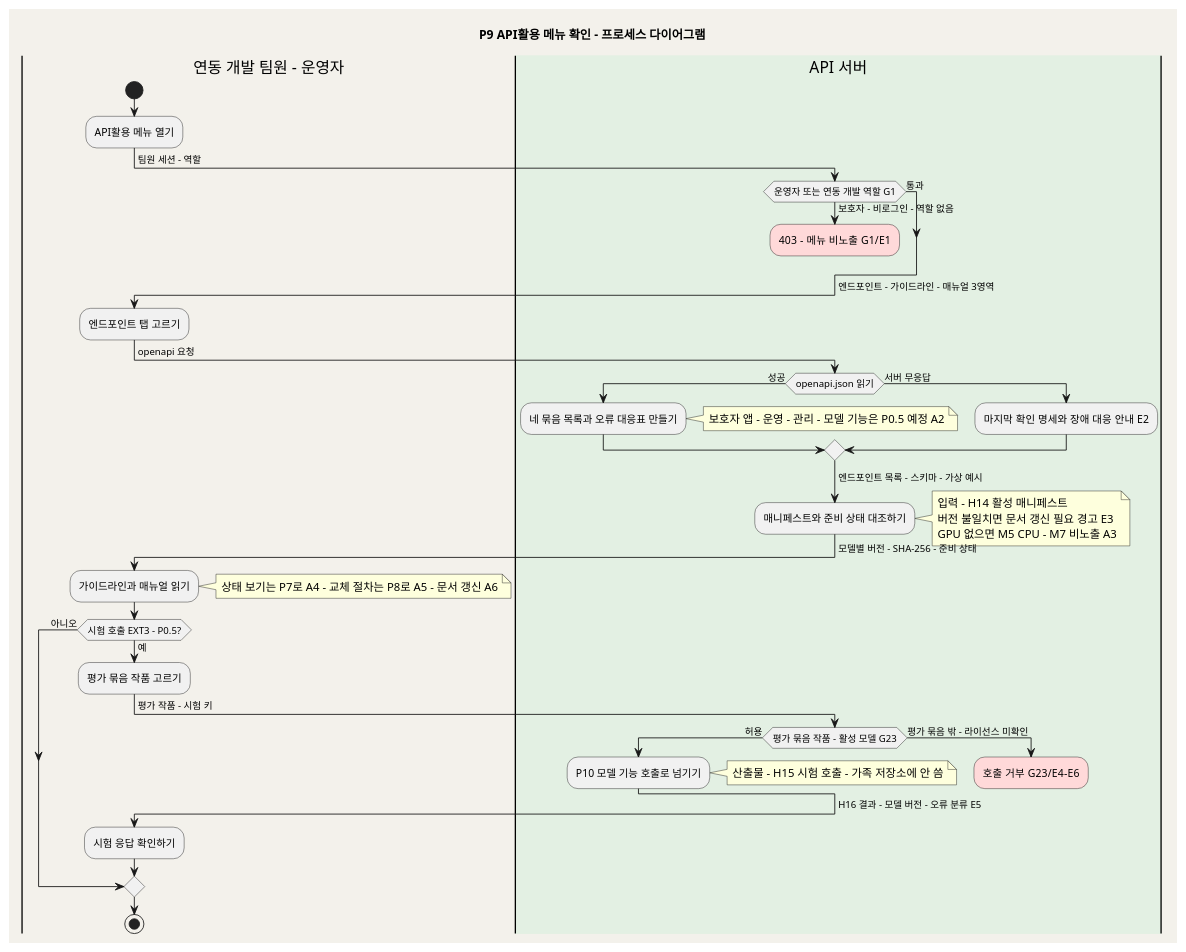
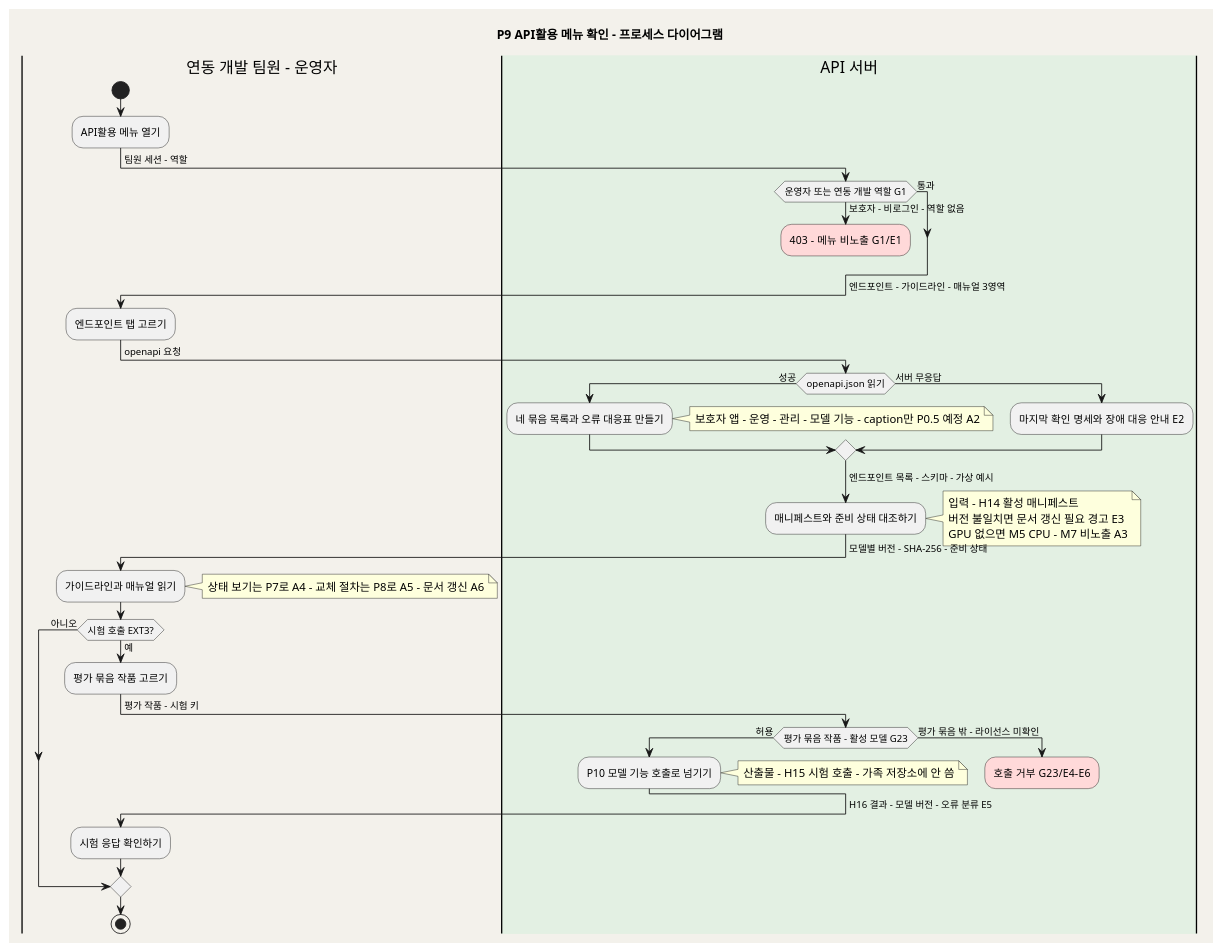
Before and after one commit to kids-gallery/uri-gallery: diagram 14 of 16 in design/SD_01_프로세스설계서_우리아이미술관.md, drawn with PlantUML. The commit also changed other lines of this file and 9 other files, not shown here.

````diff
--- a/design/SD_01_프로세스설계서_우리아이미술관.md
+++ b/design/SD_01_프로세스설계서_우리아이미술관.md
@@ -1251,56 +1252,56 @@
 ```plantuml
 @startuml
 skinparam backgroundColor #F3F1EB
 skinparam shadowing false
 title P9 API활용 메뉴 확인 - 프로세스 다이어그램
 |연동 개발 팀원 - 운영자|
 start
 :API활용 메뉴 열기;
 -> 팀원 세션 - 역할;
 |#E3F0E3|API 서버|
 if (운영자 또는 연동 개발 역할 G1) then (통과)
 else (보호자 - 비로그인 - 역할 없음)
   #FFD9D9:403 - 메뉴 비노출  G1/E1;
   kill
 endif
 -> 엔드포인트 - 가이드라인 - 매뉴얼 3영역;
 |연동 개발 팀원 - 운영자|
 :엔드포인트 탭 고르기;
 -> openapi 요청;
 |#E3F0E3|API 서버|
 if (openapi.json 읽기) then (성공)
   :네 묶음 목록과 오류 대응표 만들기;
-  note right: 보호자 앱 - 운영 - 관리 - 모델 기능은 P0.5 예정 A2
+  note right: 보호자 앱 - 운영 - 관리 - 모델 기능 - caption만 P0.5 예정 A2
 else (서버 무응답)
   :마지막 확인 명세와 장애 대응 안내  E2;
 endif
 -> 엔드포인트 목록 - 스키마 - 가상 예시;
 :매니페스트와 준비 상태 대조하기;
 note right
   입력 - H14 활성 매니페스트
   버전 불일치면 문서 갱신 필요 경고 E3
   GPU 없으면 M5 CPU - M7 비노출 A3
 end note
 -> 모델별 버전 - SHA-256 - 준비 상태;
 |연동 개발 팀원 - 운영자|
 :가이드라인과 매뉴얼 읽기;
 note right: 상태 보기는 P7로 A4 - 교체 절차는 P8로 A5 - 문서 갱신 A6
-if (시험 호출 EXT3 - P0.5?) then (예)
+if (시험 호출 EXT3?) then (예)
   :평가 묶음 작품 고르기;
   -> 평가 작품 - 시험 키;
   |#E3F0E3|API 서버|
   if (평가 묶음 작품 - 활성 모델 G23) then (허용)
     :P10 모델 기능 호출로 넘기기;
     note right: 산출물 - H15 시험 호출 - 가족 저장소에 안 씀
   else (평가 묶음 밖 - 라이선스 미확인)
     #FFD9D9:호출 거부  G23/E4-E6;
     kill
   endif
   -> H16 결과 - 모델 버전 - 오류 분류 E5;
   |연동 개발 팀원 - 운영자|
   :시험 응답 확인하기;
 else (아니오)
 endif
 stop
 @enduml
 ```
````
